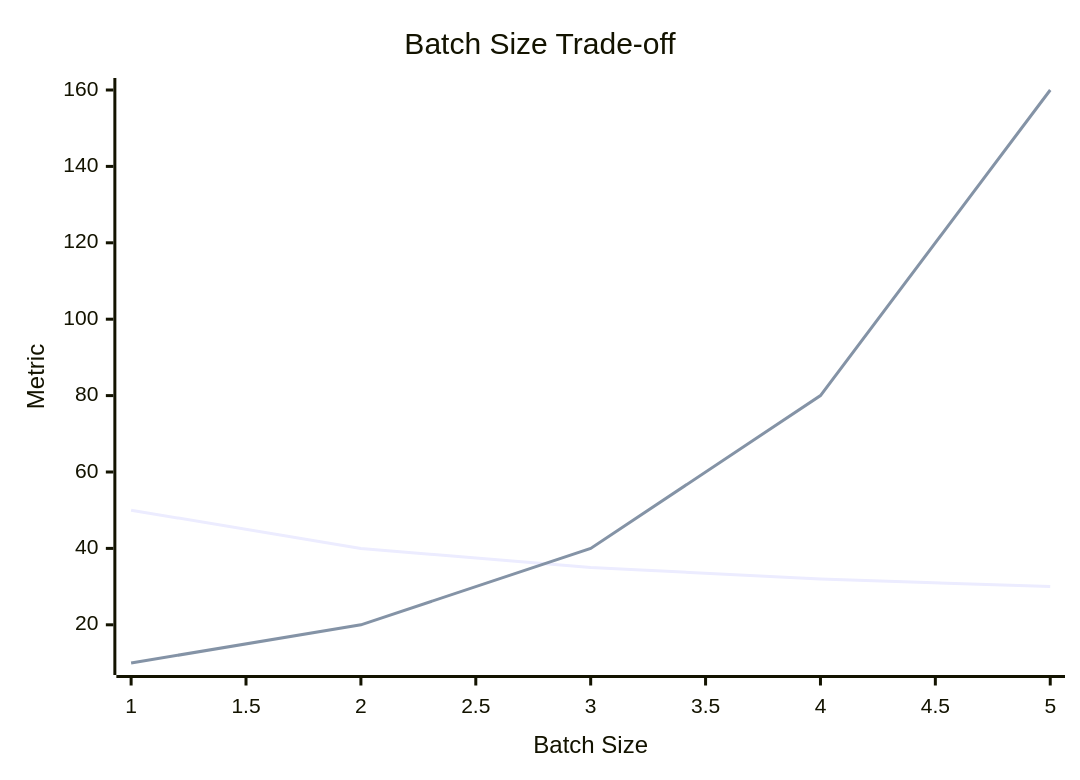
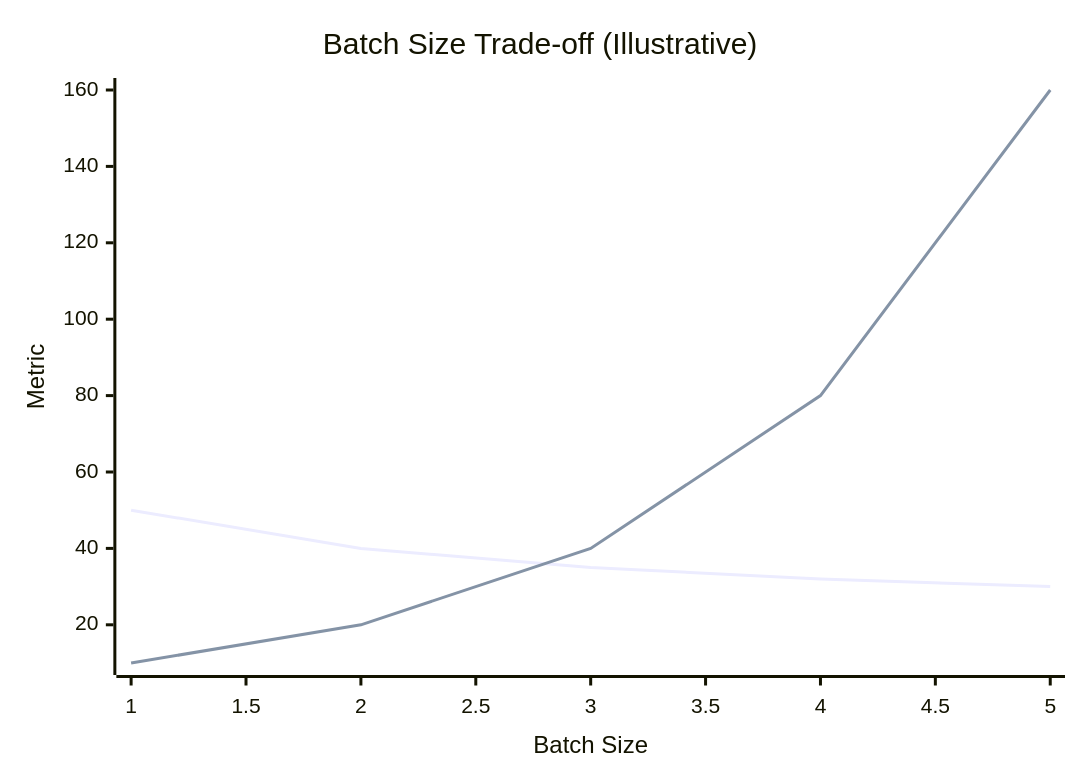
One commit to flyingrobots/gatos changed diagram 11 of 16 in docs/TECH-SPEC.md. Above: the diagram before and after it, drawn with Mermaid.

Commit message:
docs: Mark chart data as illustrative in TECH-SPEC.md Performance Guidance

````diff
--- a/docs/TECH-SPEC.md
+++ b/docs/TECH-SPEC.md
@@ -311,8 +311,8 @@
 ```mermaid
 xychart-beta
-    title "Batch Size Trade-off"
+    title "Batch Size Trade-off (Illustrative)"
     x-axis "Batch Size"
     y-axis "Metric"
     line "Latency" [50, 40, 35, 32, 30]
     line "Commit Churn" [10, 20, 40, 80, 160]
 ```
````
